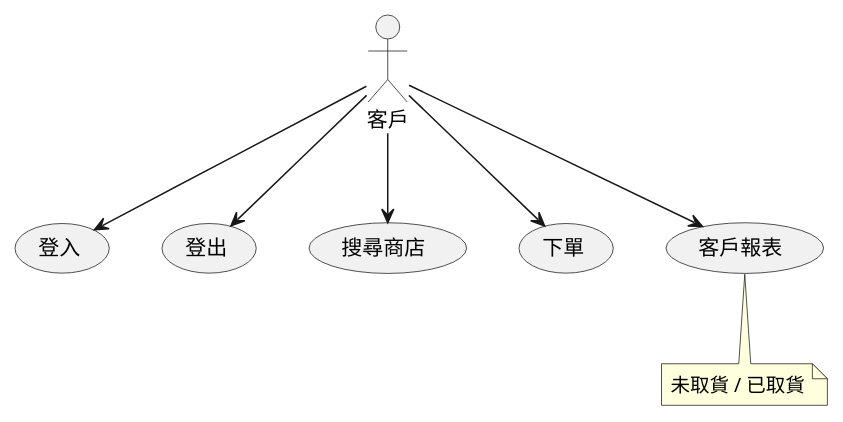
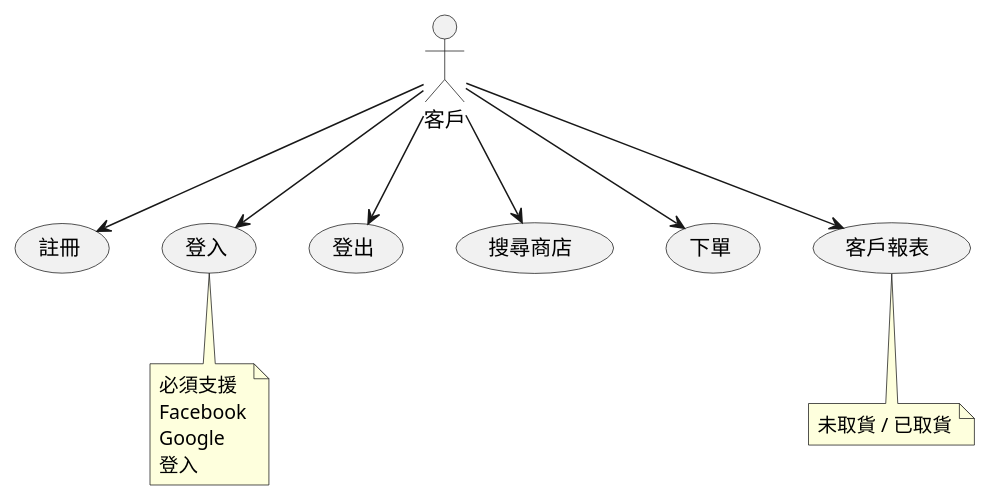
Before and after one commit to cccbook/sejs: the first of 2 diagrams in example/07-analysis/01-usecase/README.md, drawn with PlantUML. The commit also changed other lines of this file, not shown here.

````diff
--- a/example/07-analysis/01-usecase/README.md
+++ b/example/07-analysis/01-usecase/README.md
@@ -5,10 +5,12 @@
 ```puml
 @startuml
+客戶 --> (註冊)
 客戶 --> (登入)
+note bottom of 登入 : 必須支援\nFacebook\nGoogle\n登入
 客戶 --> (登出)
 客戶 --> (搜尋商店)
 客戶 --> (下單)
 客戶 --> (客戶報表)
 note bottom of (客戶報表) : 未取貨 / 已取貨
 @enduml
 ```
````
